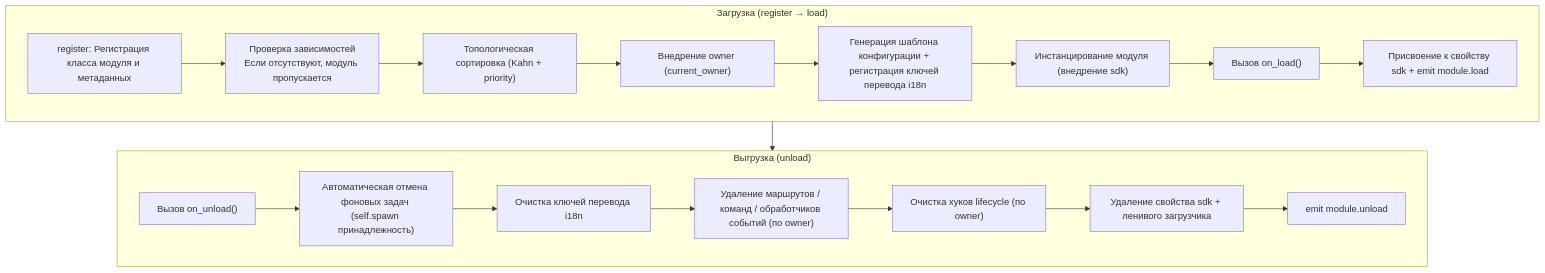
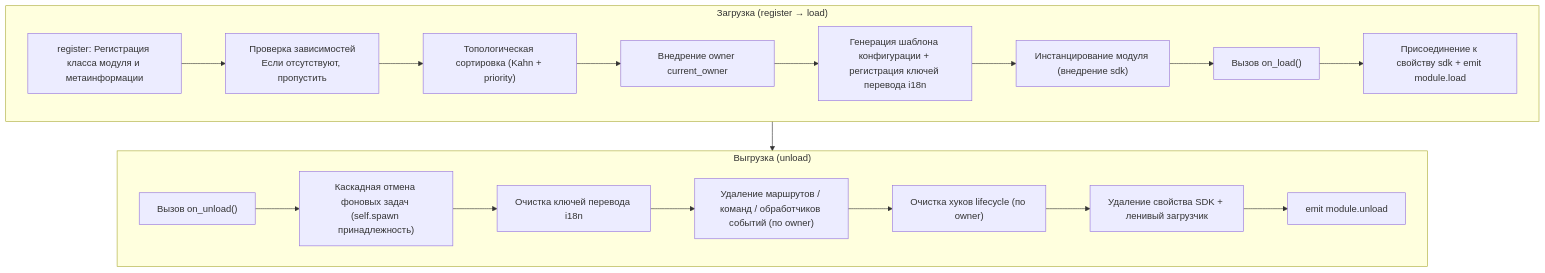
The diagram in docs/ru/developer-guide/modules/core-concepts.md (ErisPulse/ErisPulse), drawn with Mermaid before and after one commit. The commit also changed other lines of this file and 44 other files, not shown here.

````diff
--- a/docs/ru/developer-guide/modules/core-concepts.md
+++ b/docs/ru/developer-guide/modules/core-concepts.md
@@ -90,23 +90,23 @@
 ```mermaid
 flowchart TD
     subgraph Load["Загрузка (register → load)"]
-        L1["register: Регистрация класса модуля и метаданных"] --> L2["Проверка зависимостей<br/>Если отсутствуют, модуль пропускается"]
+        L1["register: Регистрация класса модуля и метаинформации"] --> L2["Проверка зависимостей<br/>Если отсутствуют, пропустить"]
         L2 --> L3["Топологическая сортировка (Kahn + priority)"]
-        L3 --> L4["Внедрение owner (current_owner)"]
+        L3 --> L4["Внедрение owner current_owner"]
         L4 --> L5["Генерация шаблона конфигурации + регистрация ключей перевода i18n"]
         L5 --> L6["Инстанцирование модуля (внедрение sdk)"]
         L6 --> L7["Вызов on_load()"]
-        L7 --> L8["Присвоение к свойству sdk + emit module.load"]
+        L7 --> L8["Присоединение к свойству sdk + emit module.load"]
     end
 
     subgraph Unload["Выгрузка (unload)"]
-        U1["Вызов on_unload()"] --> U2["Автоматическая отмена фоновых задач (self.spawn принадлежность)"]
+        U1["Вызов on_unload()"] --> U2["Каскадная отмена фоновых задач (self.spawn принадлежность)"]
         U2 --> U3["Очистка ключей перевода i18n"]
         U3 --> U4["Удаление маршрутов / команд / обработчиков событий (по owner)"]
         U4 --> U5["Очистка хуков lifecycle (по owner)"]
-        U5 --> U6["Удаление свойства sdk + ленивого загрузчика"]
+        U5 --> U6["Удаление свойства SDK + ленивый загрузчик"]
         U6 --> U7["emit module.unload"]
     end
 
     Load --> Unload
 ```
````
